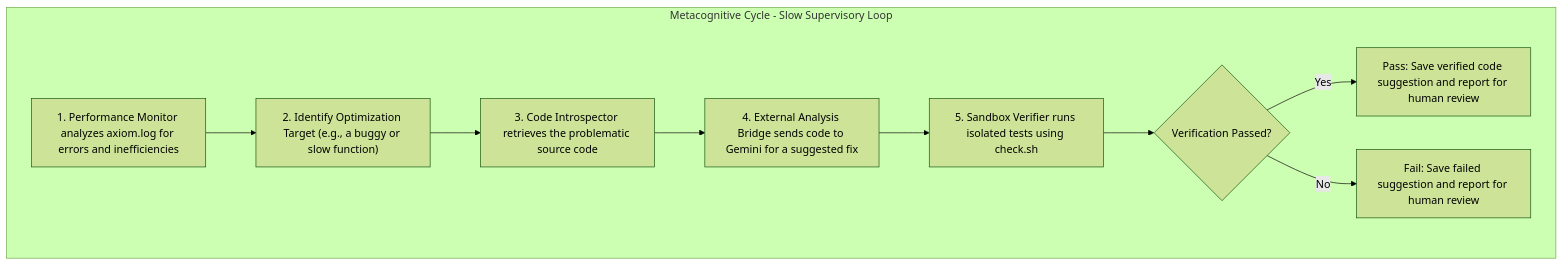
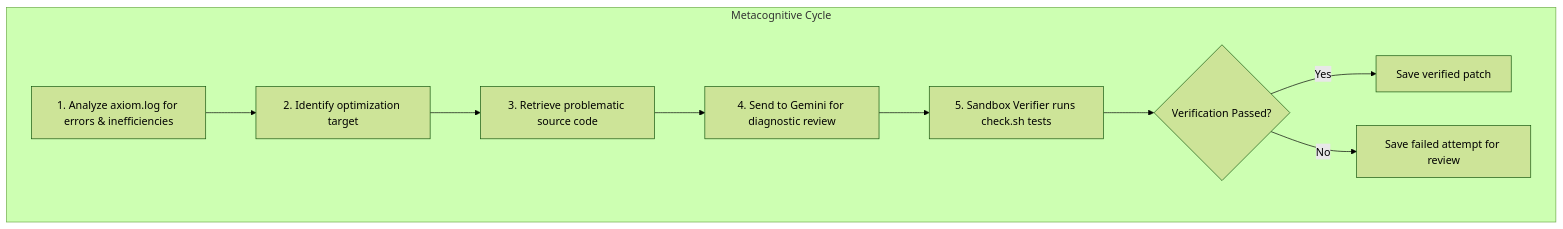
One commit to vicsanity623/Axiom-Agent changed the third of 5 diagrams in README.md. Above: the diagram before and after it, drawn with Mermaid. The commit also changed other lines of this file and 7 other files, not shown here.

````diff
--- a/README.md
+++ b/README.md
@@ -92,18 +97,18 @@
 ```mermaid
 %%{init: {"theme": "forest"}}%%
 flowchart TD
-    subgraph MetacognitiveEngine ["Metacognitive Cycle - Slow Supervisory Loop"]
-        M1["1. Performance Monitor analyzes axiom.log for errors and inefficiencies"]
-        M2["2. Identify Optimization Target (e.g., a buggy or slow function)"]
-        M3["3. Code Introspector retrieves the problematic source code"]
-        M4["4. External Analysis Bridge sends code to Gemini for a suggested fix"]
-        M5["5. Sandbox Verifier runs isolated tests using check.sh"]
+    subgraph MetacognitiveEngine ["Metacognitive Cycle"]
+        M1["1. Analyze axiom.log for errors & inefficiencies"]
+        M2["2. Identify optimization target"]
+        M3["3. Retrieve problematic source code"]
+        M4["4. Send to Gemini for diagnostic review"]
+        M5["5. Sandbox Verifier runs check.sh tests"]
         M6{Verification Passed?}
-        M7["Pass: Save verified code suggestion and report for human review"]
-        M8["Fail: Save failed suggestion and report for human review"]
+        M7["Save verified patch"]
+        M8["Save failed attempt for review"]
         
         M1 --> M2 --> M3 --> M4 --> M5 --> M6
         M6 -- Yes --> M7
         M6 -- No --> M8
     end
 ```
````
